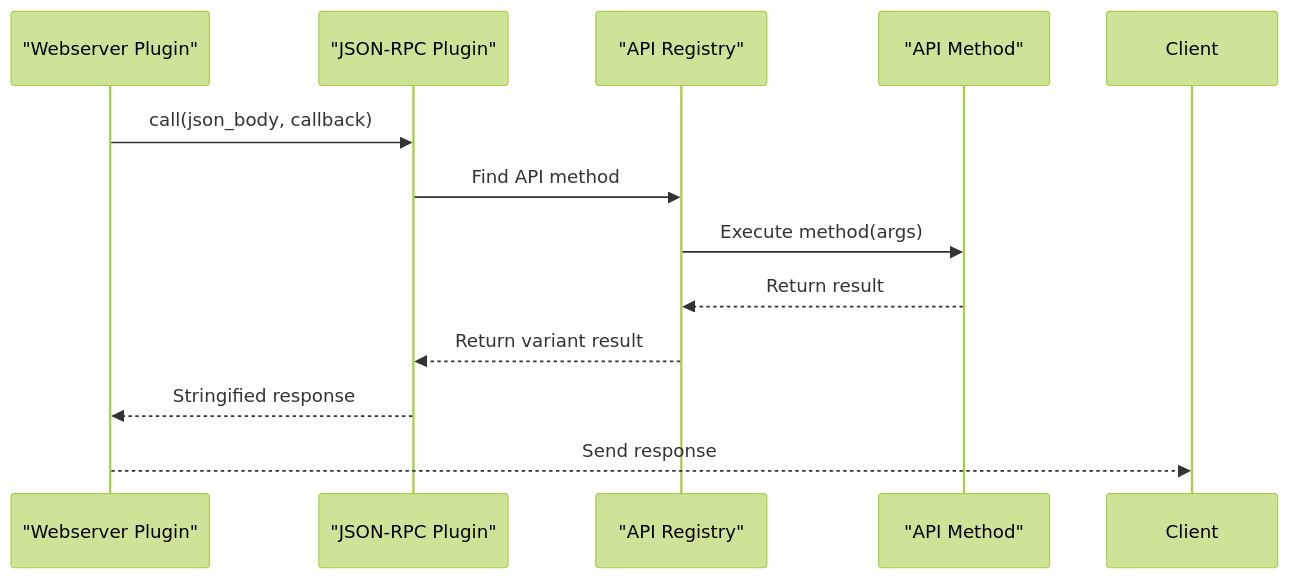
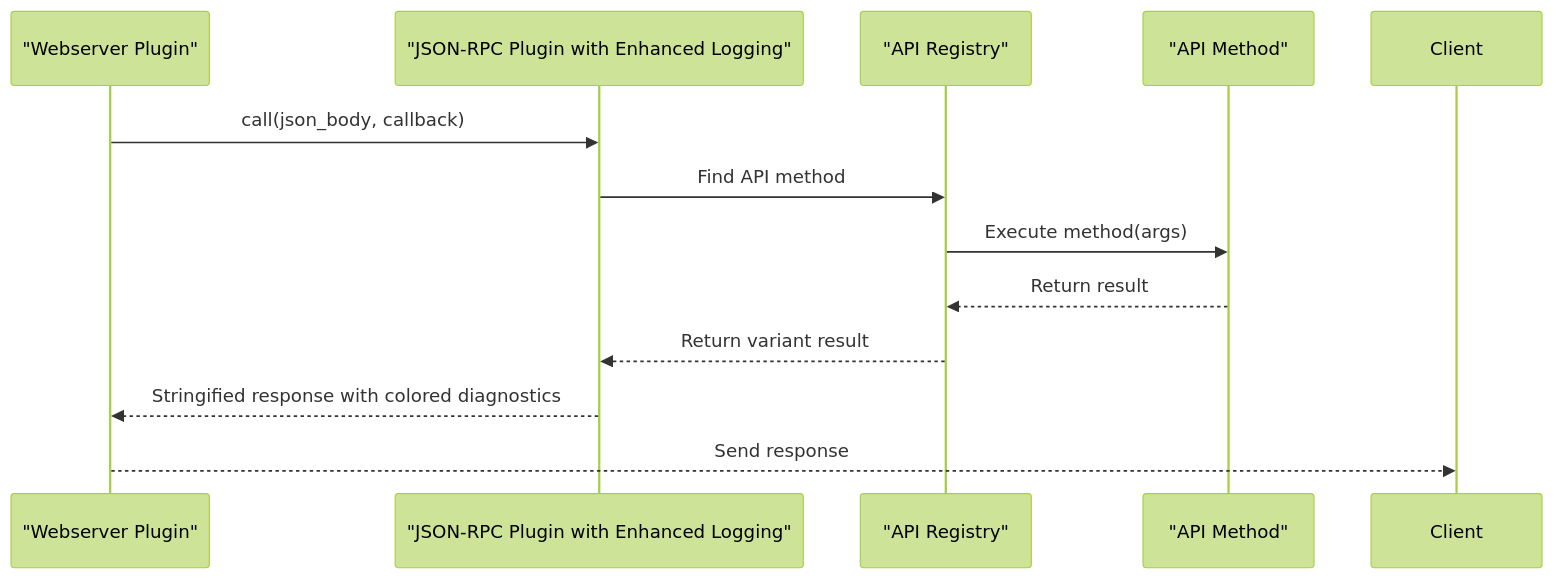
One commit to VIZ-Blockchain/viz-cpp-node changed diagram 11 of 13 in .qoder/repowiki/en/content/Webserver Plugin.md. Above: the diagram before and after it, drawn with Mermaid (forest theme). The commit also changed other lines of this file and 9 other files, not shown here.

````diff
--- a/.qoder/repowiki/en/content/Webserver Plugin.md
+++ b/.qoder/repowiki/en/content/Webserver Plugin.md
@@ -495,14 +510,14 @@
 ```mermaid
 sequenceDiagram
 participant WS as "Webserver Plugin"
-participant JR as "JSON-RPC Plugin"
+participant JR as "JSON-RPC Plugin with Enhanced Logging"
 participant AR as "API Registry"
 participant AP as "API Method"
 WS->>JR : call(json_body, callback)
 JR->>AR : Find API method
 AR->>AP : Execute method(args)
 AP-->>AR : Return result
 AR-->>JR : Return variant result
-JR-->>WS : Stringified response
+JR-->>WS : Stringified response with colored diagnostics
 WS-->>Client : Send response
 ```
````
